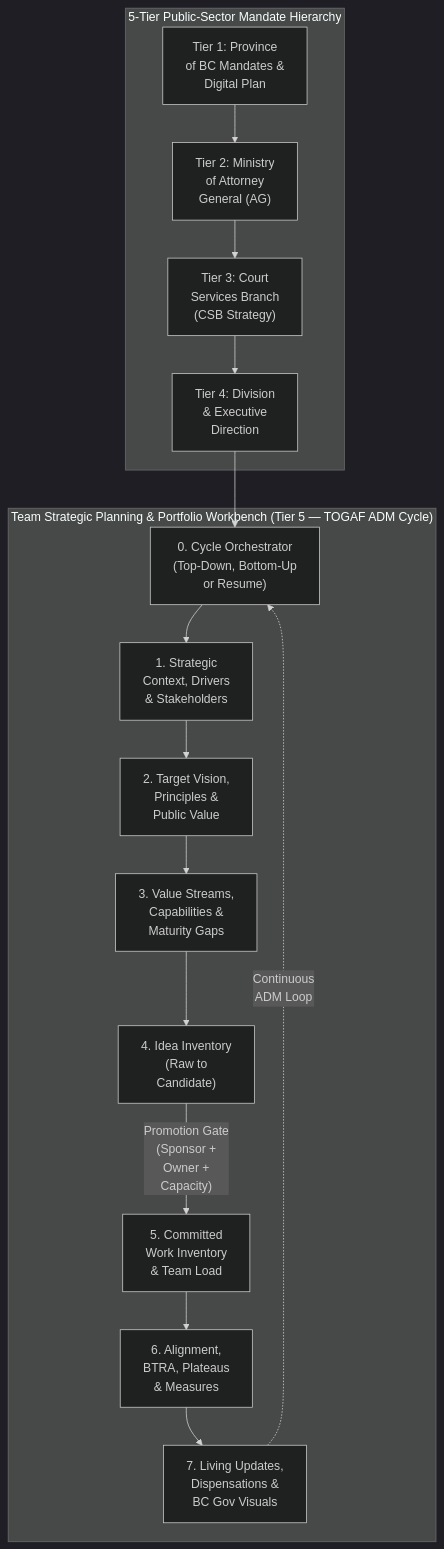
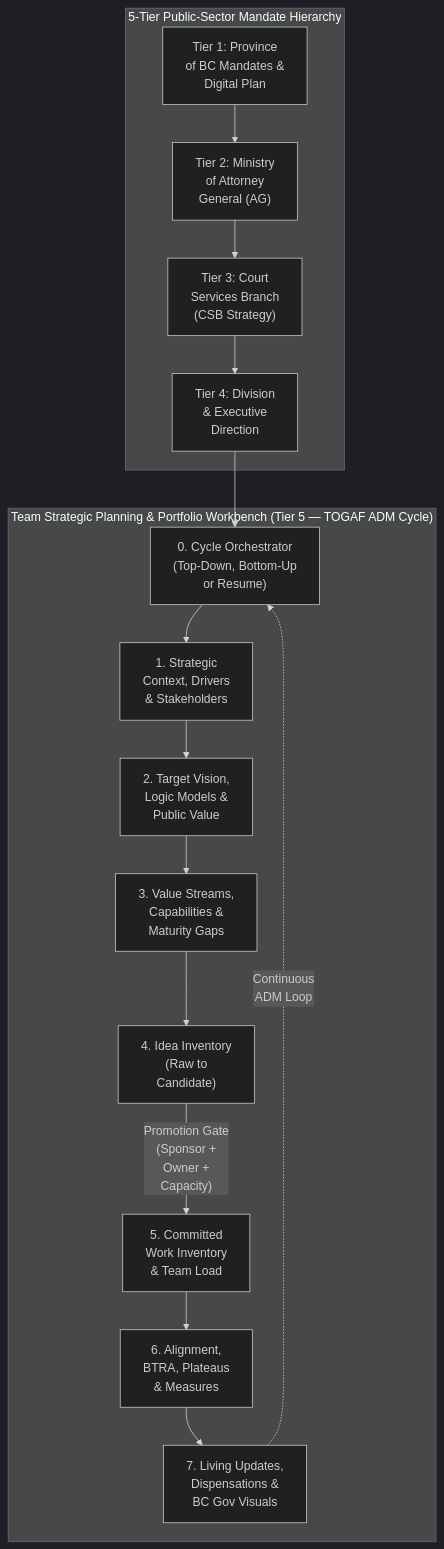
The diagram in README.md (bcgov/strategic-planning-workbench), drawn with Mermaid (dark theme) before and after one commit. The commit also changed other lines of this file and 4 other files, not shown here.

Commit message:
docs(meta): synchronize apm manifests, architecture, and README with logic modeling capabilities

````diff
--- a/README.md
+++ b/README.md
@@ -15,28 +15,28 @@
 ```mermaid
 flowchart TD
     subgraph H["5-Tier Public-Sector Mandate Hierarchy"]
         T1["Tier 1: Province<br>of BC Mandates &<br>Digital Plan"]
         T2["Tier 2: Ministry<br>of Attorney<br>General (AG)"]
         T3["Tier 3: Court<br>Services Branch<br>(CSB Strategy)"]
         T4["Tier 4: Division<br>& Executive<br>Direction"]
         T1 --> T2 --> T3 --> T4
     end
 
     subgraph W["Team Strategic Planning & Portfolio Workbench (Tier 5 — TOGAF ADM Cycle)"]
         O["0. Cycle Orchestrator<br>(Top-Down, Bottom-Up<br>or Resume)"]
         A["1. Strategic<br>Context, Drivers<br>& Stakeholders"]
-        B["2. Target Vision,<br>Principles &<br>Public Value"]
+        B["2. Target Vision,<br>Logic Models &<br>Public Value"]
         C["3. Value Streams,<br>Capabilities &<br>Maturity Gaps"]
         D["4. Idea Inventory<br>(Raw to<br>Candidate)"]
         E["5. Committed<br>Work Inventory<br>& Team Load"]
         F["6. Alignment,<br>BTRA, Plateaus<br>& Measures"]
         G["7. Living Updates,<br>Dispensations &<br>BC Gov Visuals"]
 
         O --> A --> B --> C --> D
         D -->|"Promotion Gate<br>(Sponsor +<br>Owner +<br>Capacity)"| E
         E --> F --> G
         G -.->|"Continuous<br>ADM Loop"| O
     end
 
     T4 --> O
 ```
````
